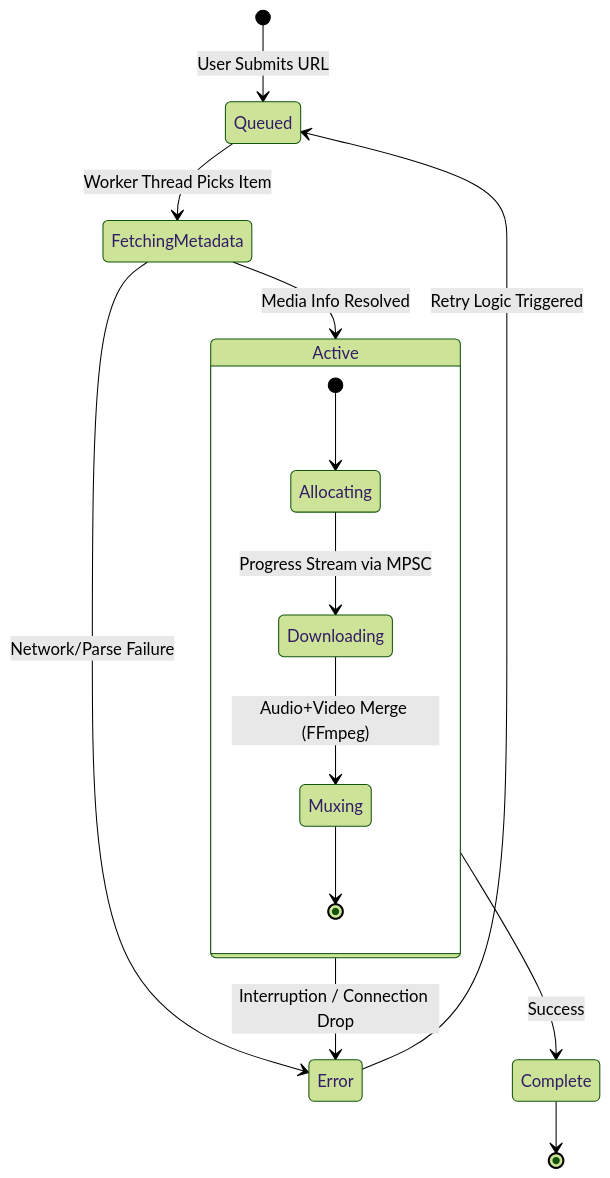
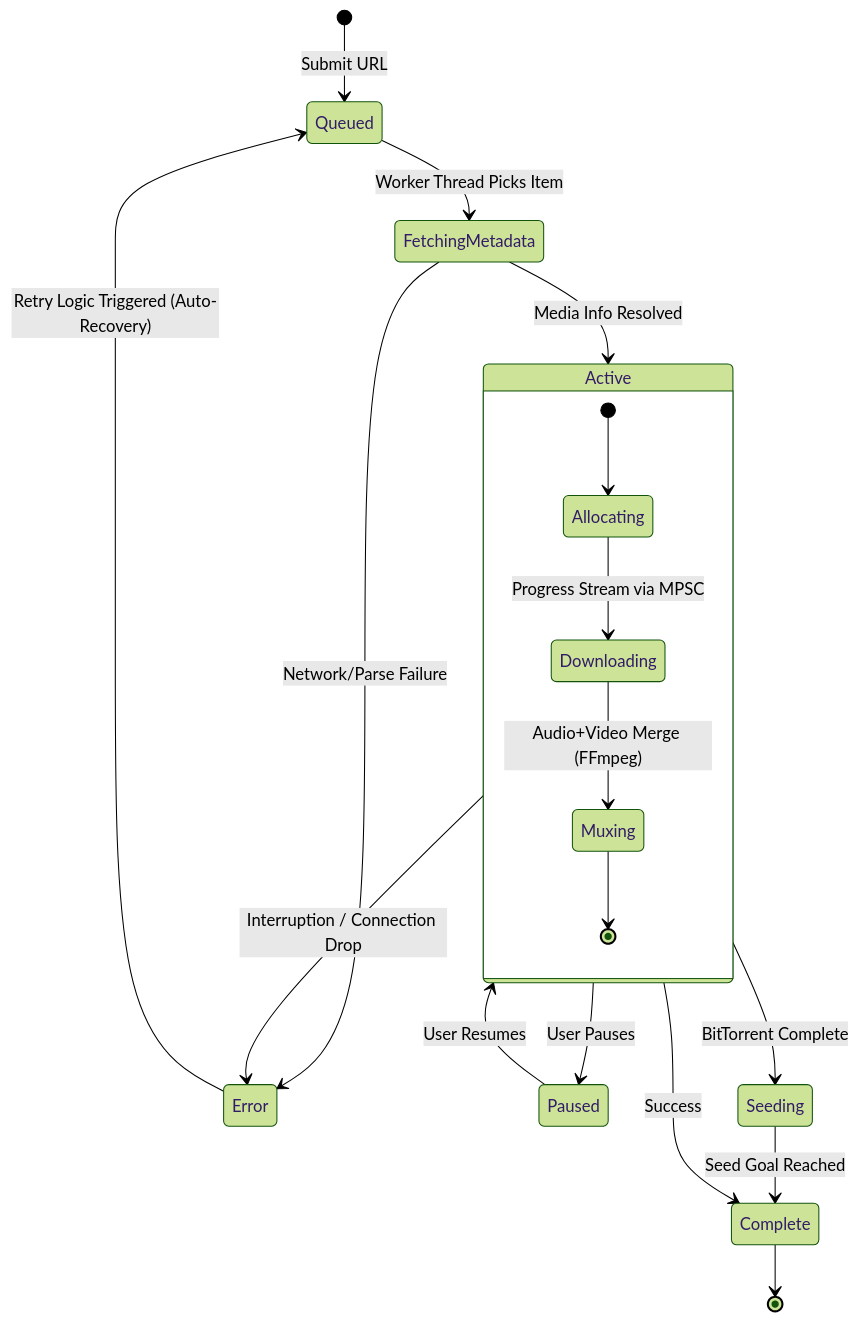
The second of 2 diagrams in README.md (julesklord/mangofetch), drawn with Mermaid (forest theme) before and after one commit. The commit also changed other lines of this file and 2 other files, not shown here.

````diff
--- a/README.md
+++ b/README.md
@@ -137,19 +154,23 @@
 ```mermaid
 stateDiagram-v2
-    [*] --> Queued : User Submits URL
+    [*] --> Queued : Submit URL
     Queued --> FetchingMetadata : Worker Thread Picks Item
     FetchingMetadata --> Active : Media Info Resolved
     FetchingMetadata --> Error : Network/Parse Failure
 
     state Active {
         [*] --> Allocating
         Allocating --> Downloading : Progress Stream via MPSC
         Downloading --> Muxing : Audio+Video Merge (FFmpeg)
         Muxing --> [*]
     }
 
+    Active --> Paused : User Pauses
+    Paused --> Active : User Resumes
+    Active --> Seeding : BitTorrent Complete
+    Seeding --> Complete : Seed Goal Reached
     Active --> Complete : Success
     Active --> Error : Interruption / Connection Drop
-    Error --> Queued : Retry Logic Triggered
+    Error --> Queued : Retry Logic Triggered (Auto-Recovery)
     Complete --> [*]
 ```
````
